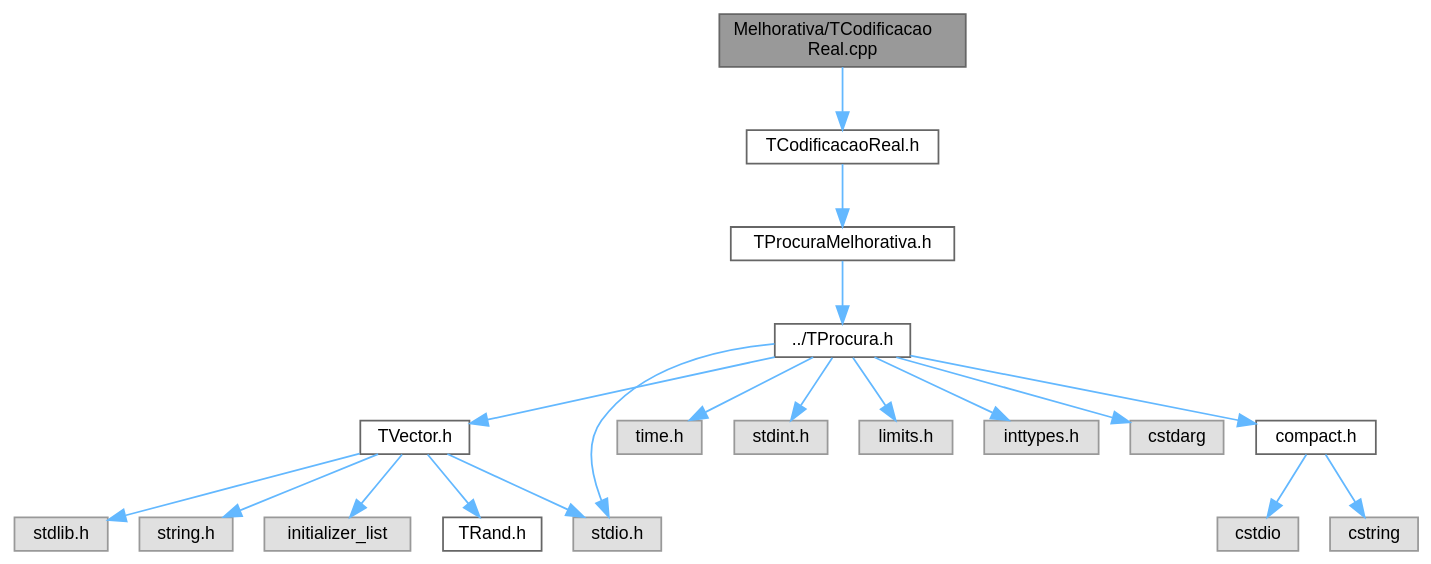
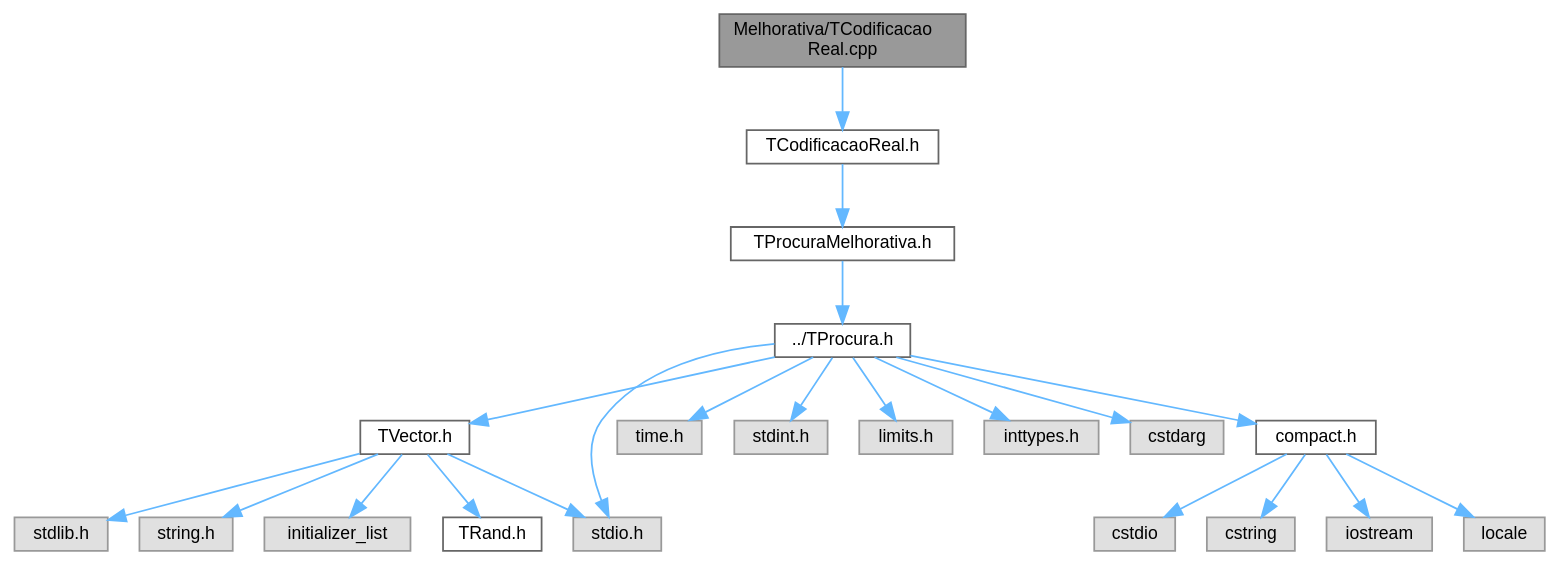
Before and after one commit to jcoelho72/TProcura: the diagram in TCodificacaoReal_8cpp__incl.dot, drawn with Graphviz. The commit also changed 500 other files, not shown here.

```diff
--- a/TCodificacaoReal_8cpp__incl.dot
+++ b/TCodificacaoReal_8cpp__incl.dot
@@ -1,43 +1,47 @@
 digraph "Melhorativa/TCodificacaoReal.cpp"
 {
  // LATEX_PDF_SIZE
   bgcolor="transparent";
   edge [fontname=Helvetica,fontsize=10,labelfontname=Helvetica,labelfontsize=10];
   node [fontname=Helvetica,fontsize=10,shape=box,height=0.2,width=0.4];
   Node1 [id="Node000001",label="Melhorativa/TCodificacao\lReal.cpp",height=0.2,width=0.4,color="gray40", fillcolor="grey60", style="filled", fontcolor="black",tooltip=" "];
   Node1 -> Node2 [id="edge1_Node000001_Node000002",color="steelblue1",style="solid",tooltip=" "];
   Node2 [id="Node000002",label="TCodificacaoReal.h",height=0.2,width=0.4,color="grey40", fillcolor="white", style="filled",URL="$TCodificacaoReal_8h.html",tooltip=" "];
   Node2 -> Node3 [id="edge2_Node000002_Node000003",color="steelblue1",style="solid",tooltip=" "];
   Node3 [id="Node000003",label="TProcuraMelhorativa.h",height=0.2,width=0.4,color="grey40", fillcolor="white", style="filled",URL="$TProcuraMelhorativa_8h.html",tooltip=" "];
   Node3 -> Node4 [id="edge3_Node000003_Node000004",color="steelblue1",style="solid",tooltip=" "];
   Node4 [id="Node000004",label="../TProcura.h",height=0.2,width=0.4,color="grey40", fillcolor="white", style="filled",URL="$TProcura_8h.html",tooltip=" "];
   Node4 -> Node5 [id="edge4_Node000004_Node000005",color="steelblue1",style="solid",tooltip=" "];
   Node5 [id="Node000005",label="TVector.h",height=0.2,width=0.4,color="grey40", fillcolor="white", style="filled",URL="$TVector_8h.html",tooltip="Vetor dinâmico genérico com operações de pilha, conjuntos e algoritmos úteis."];
   Node5 -> Node6 [id="edge5_Node000005_Node000006",color="steelblue1",style="solid",tooltip=" "];
   Node6 [id="Node000006",label="stdlib.h",height=0.2,width=0.4,color="grey60", fillcolor="#E0E0E0", style="filled",tooltip=" "];
   Node5 -> Node7 [id="edge6_Node000005_Node000007",color="steelblue1",style="solid",tooltip=" "];
   Node7 [id="Node000007",label="string.h",height=0.2,width=0.4,color="grey60", fillcolor="#E0E0E0", style="filled",tooltip=" "];
   Node5 -> Node8 [id="edge7_Node000005_Node000008",color="steelblue1",style="solid",tooltip=" "];
   Node8 [id="Node000008",label="stdio.h",height=0.2,width=0.4,color="grey60", fillcolor="#E0E0E0", style="filled",tooltip=" "];
   Node5 -> Node9 [id="edge8_Node000005_Node000009",color="steelblue1",style="solid",tooltip=" "];
   Node9 [id="Node000009",label="initializer_list",height=0.2,width=0.4,color="grey60", fillcolor="#E0E0E0", style="filled",tooltip=" "];
   Node5 -> Node10 [id="edge9_Node000005_Node000010",color="steelblue1",style="solid",tooltip=" "];
   Node10 [id="Node000010",label="TRand.h",height=0.2,width=0.4,color="grey40", fillcolor="white", style="filled",URL="$TRand_8h.html",tooltip="Interface para geração de números aleatórios independentes do sistema operativo."];
   Node4 -> Node11 [id="edge10_Node000004_Node000011",color="steelblue1",style="solid",tooltip=" "];
   Node11 [id="Node000011",label="time.h",height=0.2,width=0.4,color="grey60", fillcolor="#E0E0E0", style="filled",tooltip=" "];
   Node4 -> Node12 [id="edge11_Node000004_Node000012",color="steelblue1",style="solid",tooltip=" "];
   Node12 [id="Node000012",label="stdint.h",height=0.2,width=0.4,color="grey60", fillcolor="#E0E0E0", style="filled",tooltip=" "];
   Node4 -> Node13 [id="edge12_Node000004_Node000013",color="steelblue1",style="solid",tooltip=" "];
   Node13 [id="Node000013",label="limits.h",height=0.2,width=0.4,color="grey60", fillcolor="#E0E0E0", style="filled",tooltip=" "];
   Node4 -> Node8 [id="edge13_Node000004_Node000008",color="steelblue1",style="solid",tooltip=" "];
   Node4 -> Node14 [id="edge14_Node000004_Node000014",color="steelblue1",style="solid",tooltip=" "];
   Node14 [id="Node000014",label="inttypes.h",height=0.2,width=0.4,color="grey60", fillcolor="#E0E0E0", style="filled",tooltip=" "];
   Node4 -> Node15 [id="edge15_Node000004_Node000015",color="steelblue1",style="solid",tooltip=" "];
   Node15 [id="Node000015",label="cstdarg",height=0.2,width=0.4,color="grey60", fillcolor="#E0E0E0", style="filled",tooltip=" "];
   Node4 -> Node16 [id="edge16_Node000004_Node000016",color="steelblue1",style="solid",tooltip=" "];
   Node16 [id="Node000016",label="compact.h",height=0.2,width=0.4,color="grey40", fillcolor="white", style="filled",URL="$compact_8h.html",tooltip=" "];
   Node16 -> Node17 [id="edge17_Node000016_Node000017",color="steelblue1",style="solid",tooltip=" "];
   Node17 [id="Node000017",label="cstdio",height=0.2,width=0.4,color="grey60", fillcolor="#E0E0E0", style="filled",tooltip=" "];
   Node16 -> Node18 [id="edge18_Node000016_Node000018",color="steelblue1",style="solid",tooltip=" "];
   Node18 [id="Node000018",label="cstring",height=0.2,width=0.4,color="grey60", fillcolor="#E0E0E0", style="filled",tooltip=" "];
+  Node16 -> Node19 [id="edge19_Node000016_Node000019",color="steelblue1",style="solid",tooltip=" "];
+  Node19 [id="Node000019",label="iostream",height=0.2,width=0.4,color="grey60", fillcolor="#E0E0E0", style="filled",tooltip=" "];
+  Node16 -> Node20 [id="edge20_Node000016_Node000020",color="steelblue1",style="solid",tooltip=" "];
+  Node20 [id="Node000020",label="locale",height=0.2,width=0.4,color="grey60", fillcolor="#E0E0E0", style="filled",tooltip=" "];
 }
```
